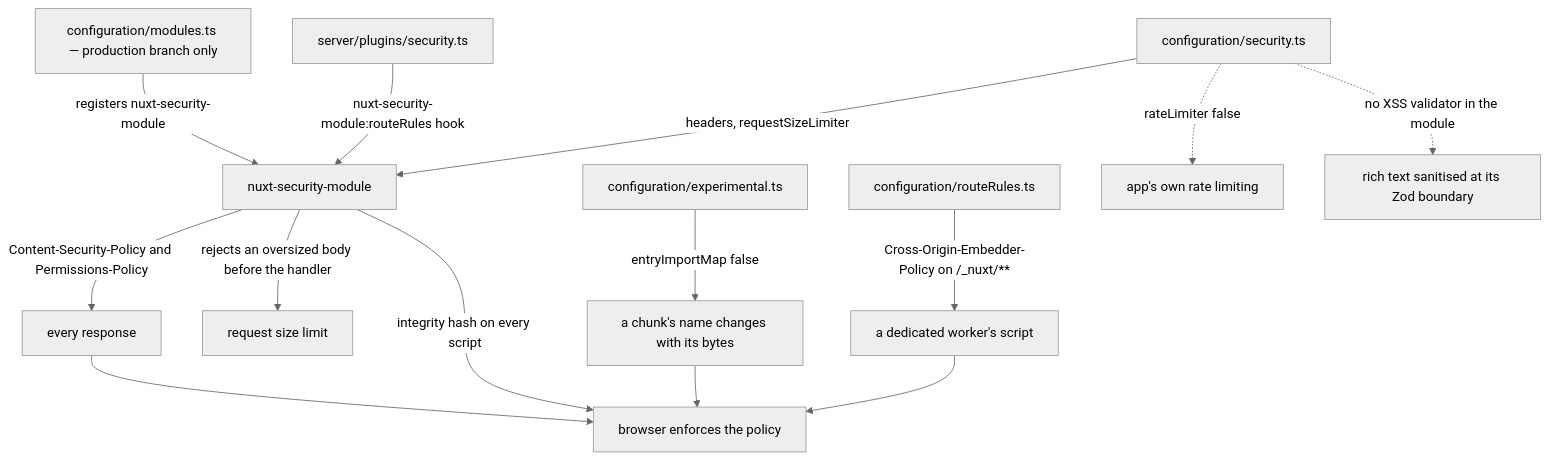
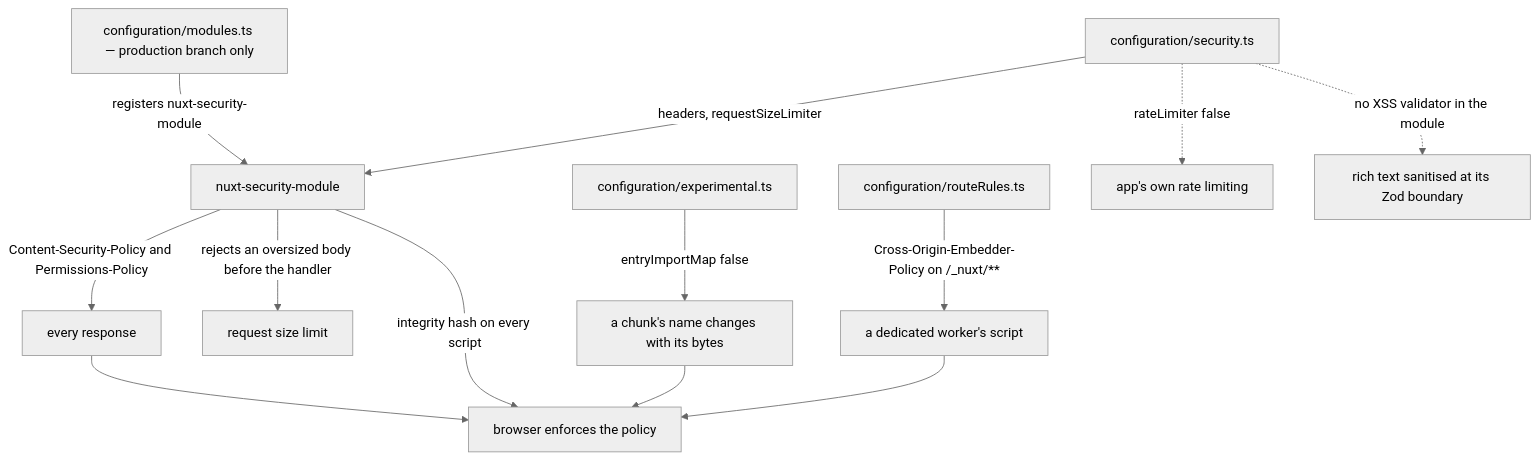
One commit to Esposter/Esposter changed the diagram in apps/web/content/docs/architecture/security-posture.md. Above: the diagram before and after it, drawn with Mermaid (neutral theme). The commit also changed other lines of this file and 11 other files, not shown here.

First line of the commit message:
fix(security): img-src allows any https image on every route

````diff
--- a/apps/web/content/docs/architecture/security-posture.md
+++ b/apps/web/content/docs/architecture/security-posture.md
@@ -14,16 +14,15 @@
 ```mermaid
 flowchart TD
   modules["configuration/modules.ts — production branch only"] -->|"registers nuxt-security-module"| module["nuxt-security-module"]
   config["configuration/security.ts"] -->|"headers, requestSizeLimiter"| module
-  plugin["server/plugins/security.ts"] -->|"nuxt-security-module:routeRules hook"| module
   module -->|"Content-Security-Policy and Permissions-Policy"| response["every response"]
   module -->|"rejects an oversized body before the handler"| upload["request size limit"]
   response --> browser["browser enforces the policy"]
   module -->|"integrity hash on every script"| browser
   experimental["configuration/experimental.ts"] -->|"entryImportMap false"| names["a chunk's name changes with its bytes"]
   names --> browser
   rules["configuration/routeRules.ts"] -->|"Cross-Origin-Embedder-Policy on /_nuxt/**"| worker["a dedicated worker's script"]
   worker --> browser
   config -.->|"rateLimiter false"| rate["app's own rate limiting"]
   config -.->|"no XSS validator in the module"| xss["rich text sanitised at its Zod boundary"]
 ```
````
